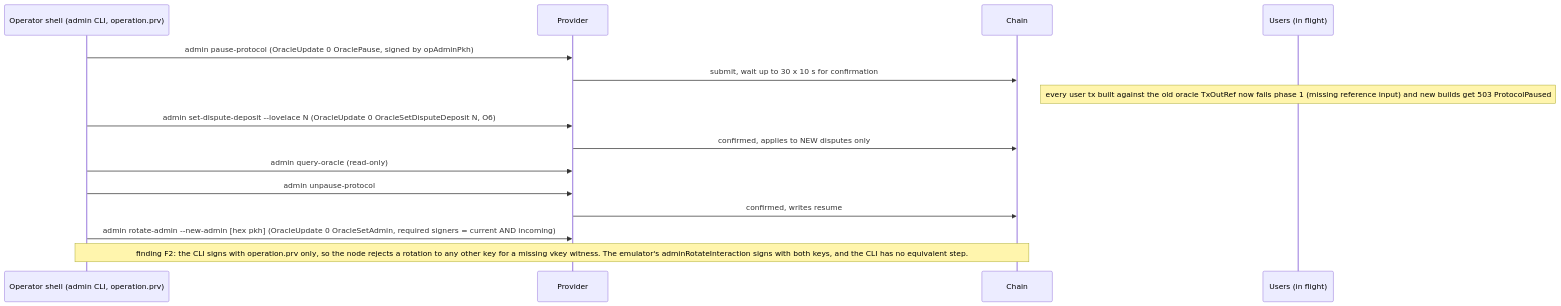
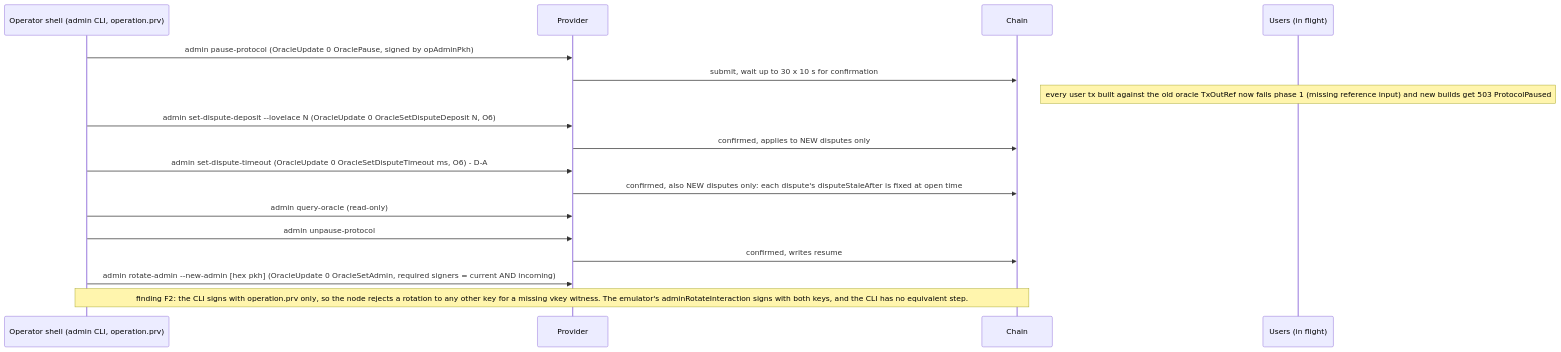
Diagram 13 of 13 in docs/architecture/onchain-flows.md (en7angled/palmares), drawn with Mermaid before and after one commit. The commit also changed other lines of this file and 18 other files, not shown here.

````diff
--- a/docs/architecture/onchain-flows.md
+++ b/docs/architecture/onchain-flows.md
@@ -681,17 +868,19 @@
 ```mermaid
 sequenceDiagram
   participant Op as Operator shell (admin CLI, operation.prv)
   participant P as Provider
   participant C as Chain
   participant U as Users (in flight)
   Op->>P: admin pause-protocol  (OracleUpdate 0 OraclePause, signed by opAdminPkh)
   P->>C: submit, wait up to 30 x 10 s for confirmation
   Note over U: every user tx built against the old oracle TxOutRef now fails phase 1 (missing reference input) and new builds get 503 ProtocolPaused
   Op->>P: admin set-dispute-deposit --lovelace N  (OracleUpdate 0 OracleSetDisputeDeposit N, O6)
   P->>C: confirmed, applies to NEW disputes only
+  Op->>P: admin set-dispute-timeout  (OracleUpdate 0 OracleSetDisputeTimeout ms, O6) - D-A
+  P->>C: confirmed, also NEW disputes only: each dispute's disputeStaleAfter is fixed at open time
   Op->>P: admin query-oracle  (read-only)
   Op->>P: admin unpause-protocol
   P->>C: confirmed, writes resume
   Op->>P: admin rotate-admin --new-admin [hex pkh]  (OracleUpdate 0 OracleSetAdmin, required signers = current AND incoming)
   Note over Op,C: finding F2: the CLI signs with operation.prv only, so the node rejects a rotation to any other key for a missing vkey witness. The emulator's adminRotateInteraction signs with both keys, and the CLI has no equivalent step.
 ```
````
